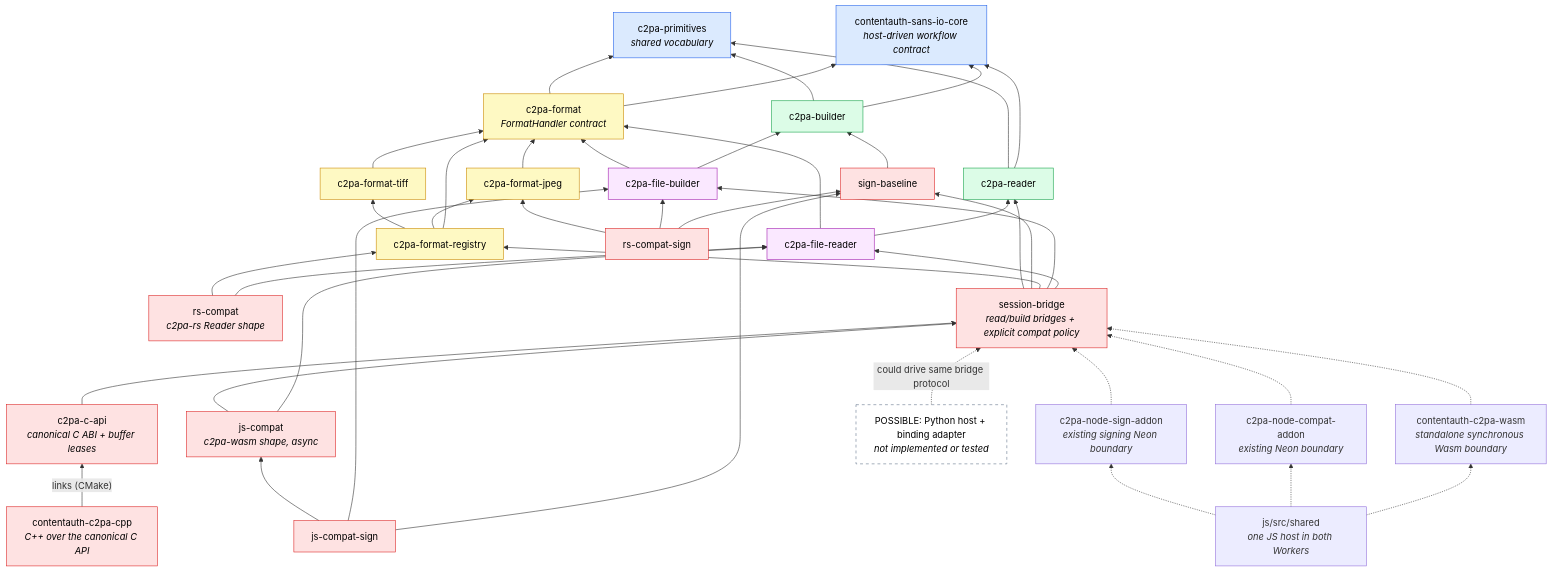
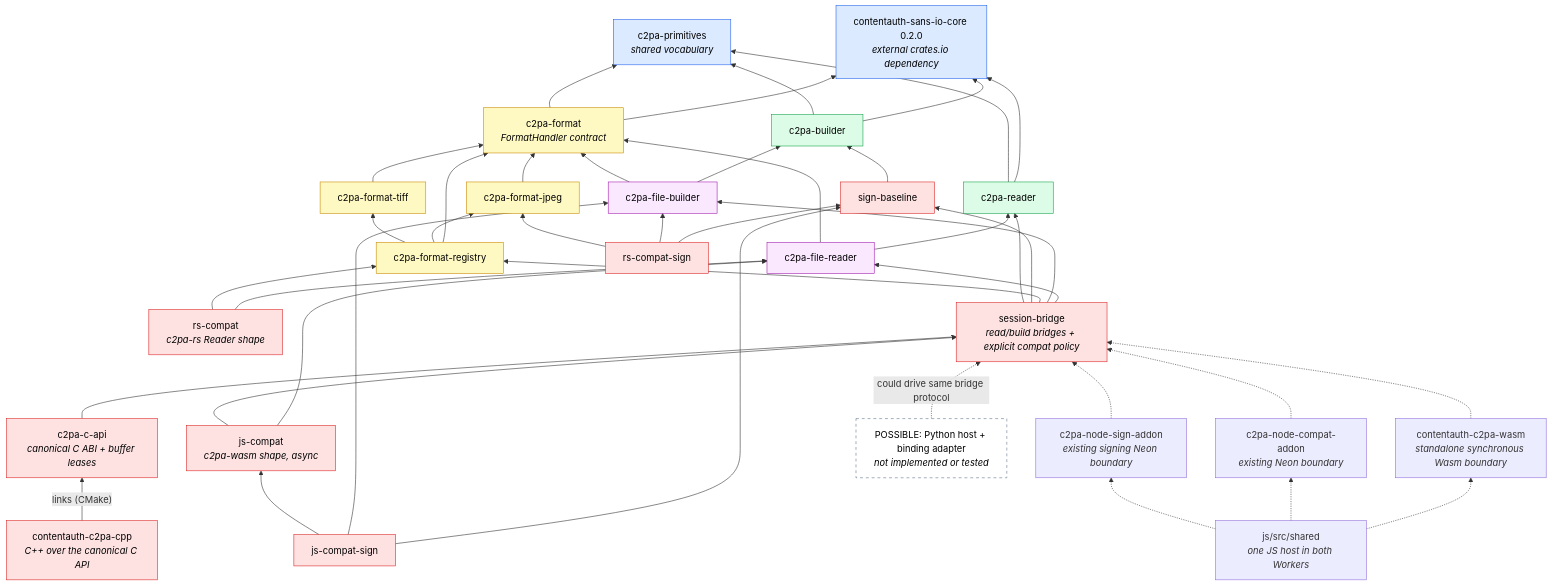
One commit to scouten/state-machine-experiment changed the first of 2 diagrams in docs/walkthrough/02-architecture.md. Above: the diagram before and after it, drawn with Mermaid. The commit also changed other lines of this file and 59 other files, not shown here.

First line of the commit message:
Use published contentauth-sans-io-core 0.2.0 (#88)

````diff
--- a/docs/walkthrough/02-architecture.md
+++ b/docs/walkthrough/02-architecture.md
@@ -14,66 +17,66 @@
 ```mermaid
 flowchart BT
-    SM["contentauth-sans-io-core<br/><i>host-driven workflow contract</i>"]
+    SM["contentauth-sans-io-core 0.2.0<br/><i>external crates.io dependency</i>"]
     PR["c2pa-primitives<br/><i>shared vocabulary</i>"]
 
     RD["c2pa-reader"]
     BD["c2pa-builder"]
     FM["c2pa-format<br/><i>FormatHandler contract</i>"]
 
     JP["c2pa-format-jpeg"]
     TF["c2pa-format-tiff"]
     RG["c2pa-format-registry"]
 
     FR["c2pa-file-reader"]
     FB["c2pa-file-builder"]
 
     RSC["rs-compat<br/><i>c2pa-rs Reader shape</i>"]
     JSC["js-compat<br/><i>c2pa-wasm shape, async</i>"]
     BR["session-bridge<br/><i>read/build bridges + explicit compat policy</i>"]
 
     SB["sign-baseline"]
     RSS["rs-compat-sign"]
     JSS["js-compat-sign"]
     HOST["js/src/shared<br/><i>one JS host in both Workers</i>"]
     PW["contentauth-c2pa-wasm<br/><i>standalone synchronous Wasm boundary</i>"]
     PN["c2pa-node-compat-addon<br/><i>existing Neon boundary</i>"]
     PNS["c2pa-node-sign-addon<br/><i>existing signing Neon boundary</i>"]
     CPP["contentauth-c2pa-cpp<br/><i>C++ over the canonical C API</i>"]
     PY["POSSIBLE: Python host + binding adapter<br/><i>not implemented or tested</i>"]
     CAPI["c2pa-c-api<br/><i>canonical C ABI + buffer leases</i>"]
 
     RD --> SM & PR
     BD --> SM & PR
     FM --> SM & PR
     JP --> FM
     TF --> FM
     RG --> FM & JP & TF
     FR --> RD & FM
     FB --> BD & FM
     RSC --> FR & RG
     JSC --> FR & BR
     BR --> FR & FB & RG & SB & RD
     SB --> BD
     RSS --> SB & FB & JP
     JSS --> SB & FB & JSC
     HOST -.-> PW & PN & PNS
     PW -.-> BR
     PN -.-> BR
     PNS -.-> BR
     CPP -->|"links (CMake)"| CAPI
     PY -.->|"could drive same bridge protocol"| BR
     CAPI --> BR
 
     classDef engine fill:#dbeafe,stroke:#2563eb,color:#000
     classDef core fill:#dcfce7,stroke:#16a34a,color:#000
     classDef fmt fill:#fef9c3,stroke:#ca8a04,color:#000
     classDef glue fill:#fae8ff,stroke:#a21caf,color:#000
     classDef bind fill:#fee2e2,stroke:#dc2626,color:#000
     classDef proposed fill:#fff,stroke:#64748b,stroke-dasharray:5 5,color:#000
     class SM,PR engine
     class RD,BD core
     class FM,JP,TF,RG fmt
     class FR,FB glue
     class RSC,JSC,BR,CPP,SB,RSS,JSS,CAPI bind
     class PY proposed
 ```
````
